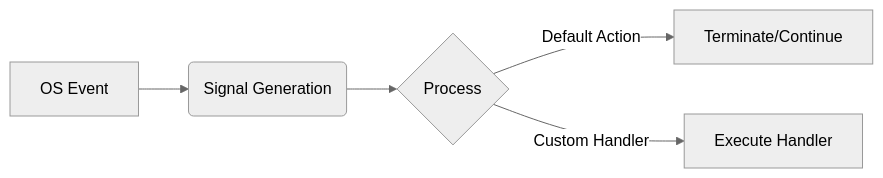
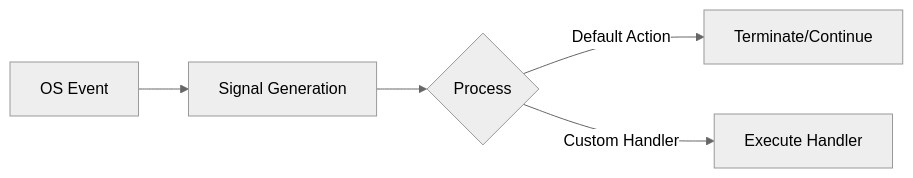
Before and after one commit to infoyouth/infoyouth.github.io: the second of 8 diagrams in _posts/2025-01-01-17.-miscellaneous.md, drawn with Mermaid (neutral theme). The commit also changed other lines of this file and 31 other files, not shown here.

````diff
--- a/_posts/2025-01-01-17.-miscellaneous.md
+++ b/_posts/2025-01-01-17.-miscellaneous.md
@@ -441,7 +478,7 @@
 ```mermaid
 graph LR
-    A[OS Event] --> B(Signal Generation);
+    A[OS Event] --> B["Signal Generation"];
     B --> C{Process};
-    C -->|Default Action| D[Terminate/Continue];
-    C -->|Custom Handler| E[Execute Handler];
+    C -->|Default Action| D["Terminate/Continue"];
+    C -->|Custom Handler| E["Execute Handler"];
 ```
````
